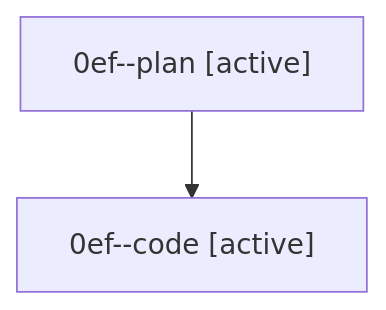
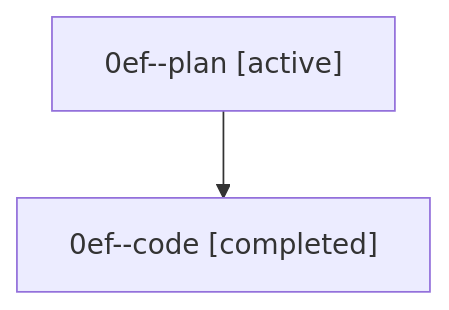
The diagram in families/bbugyi200.athena.0ef.md (sase-org/sase--agents), drawn with Mermaid before and after one commit. The commit also changed other lines of this file and 35830 other files, not shown here.

````diff
--- a/families/bbugyi200.athena.0ef.md
+++ b/families/bbugyi200.athena.0ef.md
@@ -9,6 +9,6 @@
 ```mermaid
 flowchart TD
   n0["0ef--plan [active]"]
-  n1["0ef--code [active]"]
+  n1["0ef--code [completed]"]
   n0 --> n1
 ```
````
